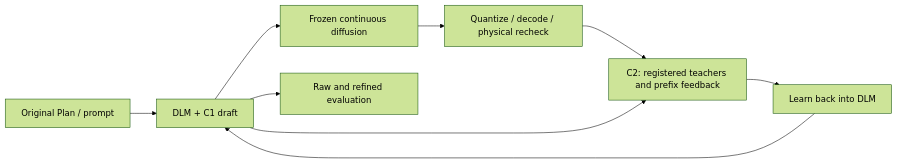
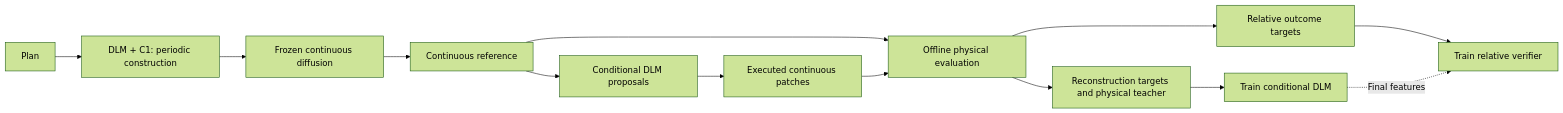
One commit to YWDDLiang/DLM_ICLR changed the diagram in README.md. Above: the diagram before and after it, drawn with Mermaid (forest theme). The commit also changed other lines of this file and 13 other files, not shown here.

Commit message:
docs: center retained C2 story on physical feedback learning

````diff
--- a/README.md
+++ b/README.md
@@ -11,11 +13,15 @@
 ```mermaid
 flowchart LR
-    P[Original Plan / prompt] --> C1[DLM + C1 draft]
-    C1 --> F[Frozen continuous diffusion]
-    F --> PH[Quantize / decode / physical recheck]
-    PH --> C2[C2: registered teachers and prefix feedback]
-    C1 --> C2
-    C2 --> L[Learn back into DLM]
-    L --> C1
-    C1 --> EV[Raw and refined evaluation]
+    P[Plan] --> G[DLM + C1: periodic construction]
+    G --> F[Frozen continuous diffusion]
+    F --> S[Continuous reference]
+    S --> E[Conditional DLM proposals]
+    E --> C[Executed continuous patches]
+    S --> PH[Offline physical evaluation]
+    C --> PH
+    PH --> T[Reconstruction targets and physical teacher]
+    PH --> V[Relative outcome targets]
+    T --> L[Train conditional DLM]
+    V --> R[Train relative verifier]
+    L -. Final features .-> R
 ```
````
